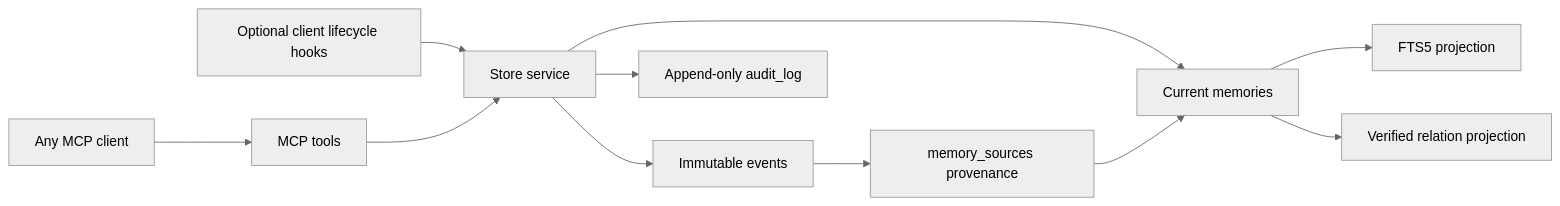
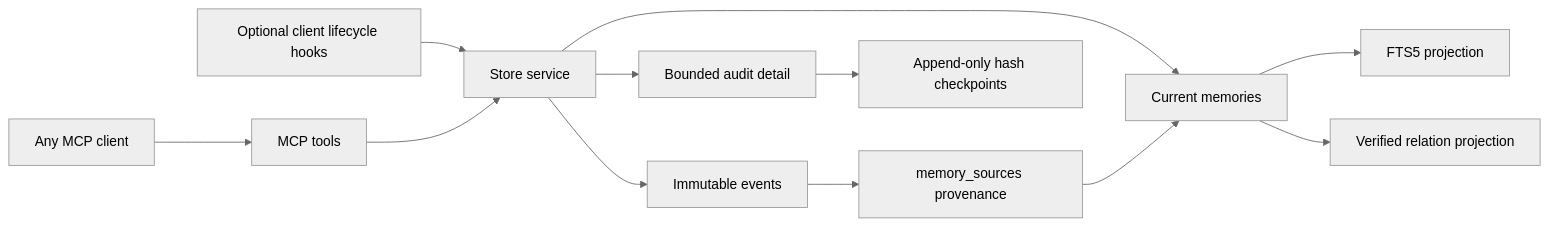
The diagram in docs/ARCHITECTURE.md (foonsoo/context-memory), drawn with Mermaid (neutral theme) before and after one commit. The commit also changed other lines of this file and 11 other files, not shown here.

````diff
--- a/docs/ARCHITECTURE.md
+++ b/docs/ARCHITECTURE.md
@@ -11,13 +11,14 @@
 ```mermaid
 flowchart LR
   C["Any MCP client"] --> M["MCP tools"]
   H["Optional client lifecycle hooks"] --> S["Store service"]
   M --> S
   S --> E["Immutable events"]
   S --> R["Current memories"]
   E --> P["memory_sources provenance"]
   P --> R
   R --> F["FTS5 projection"]
   R --> G["Verified relation projection"]
-  S --> A["Append-only audit_log"]
+  S --> A["Bounded audit detail"]
+  A --> AC["Append-only hash checkpoints"]
 ```
````
